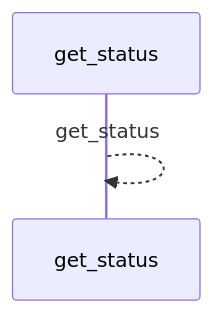
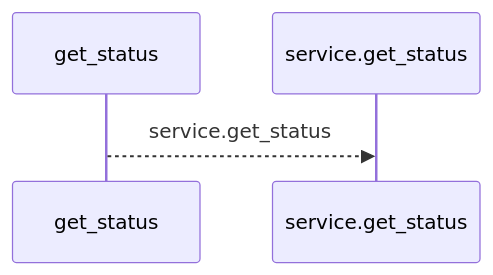
One commit to Denissvgn/python-wiki-llm changed the first of 2 diagrams in docs/llm_wiki/flows/mcp-get_status.md. Above: the diagram before and after it, drawn with Mermaid. The commit also changed other lines of this file and 719 other files, not shown here.

````diff
--- a/docs/llm_wiki/flows/mcp-get_status.md
+++ b/docs/llm_wiki/flows/mcp-get_status.md
@@ -10,5 +10,6 @@
 ```mermaid
 sequenceDiagram
     participant p0 as get_status
-    p0-->>p0: get_status
+    participant p1 as service.get_status
+    p0-->>p1: service.get_status
 ```
````
